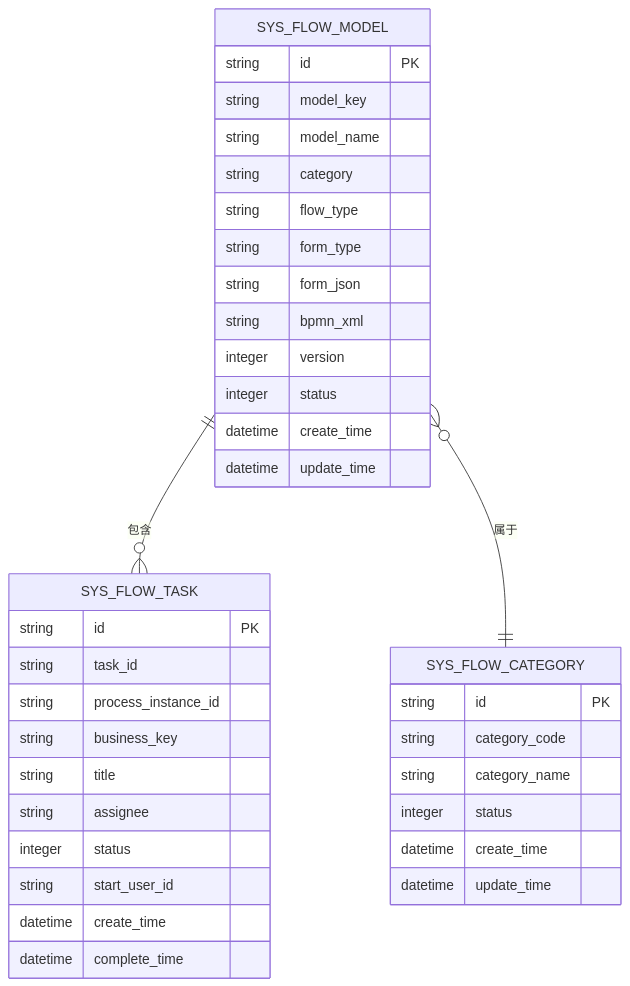
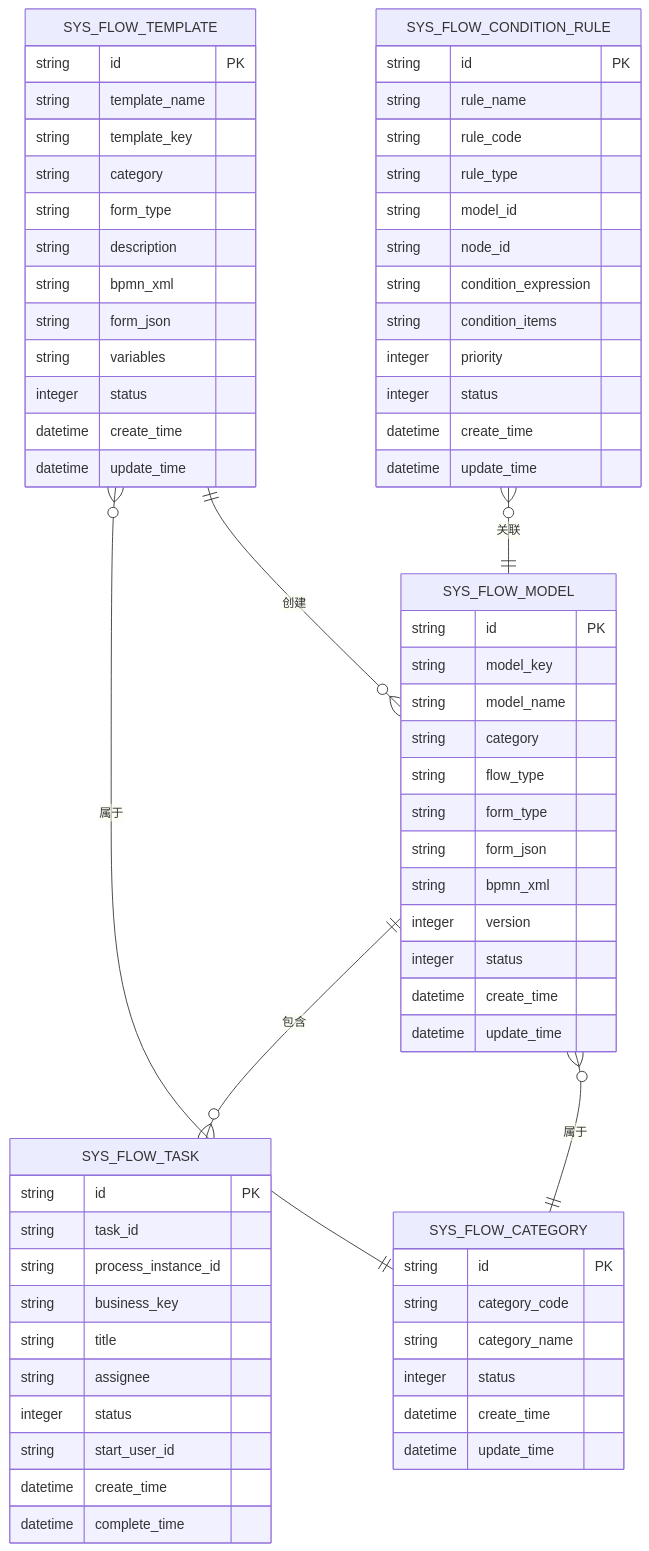
The tenth of 11 diagrams in .qoder/repowiki/zh/content/前端框架详解/前端工作流组件.md (yaomindong1996/forge-admin), drawn with Mermaid before and after one commit. The commit also changed other lines of this file and 95 other files, not shown here.

````diff
--- a/.qoder/repowiki/zh/content/前端框架详解/前端工作流组件.md
+++ b/.qoder/repowiki/zh/content/前端框架详解/前端工作流组件.md
@@ -370,39 +663,70 @@
 ```mermaid
 erDiagram
 SYS_FLOW_MODEL {
 string id PK
 string model_key
 string model_name
 string category
 string flow_type
 string form_type
 string form_json
 string bpmn_xml
 integer version
 integer status
 datetime create_time
 datetime update_time
 }
 SYS_FLOW_TASK {
 string id PK
 string task_id
 string process_instance_id
 string business_key
 string title
 string assignee
 integer status
 string start_user_id
 datetime create_time
 datetime complete_time
 }
 SYS_FLOW_CATEGORY {
 string id PK
 string category_code
 string category_name
 integer status
 datetime create_time
 datetime update_time
 }
+SYS_FLOW_TEMPLATE {
+string id PK
+string template_name
+string template_key
+string category
+string form_type
+string description
+string bpmn_xml
+string form_json
+string variables
+integer status
+datetime create_time
+datetime update_time
+}
+SYS_FLOW_CONDITION_RULE {
+string id PK
+string rule_name
+string rule_code
+string rule_type
+string model_id
+string node_id
+string condition_expression
+string condition_items
+integer priority
+integer status
+datetime create_time
+datetime update_time
+}
 SYS_FLOW_MODEL ||--o{ SYS_FLOW_TASK : "包含"
 SYS_FLOW_MODEL }o--|| SYS_FLOW_CATEGORY : "属于"
+SYS_FLOW_TEMPLATE }o--|| SYS_FLOW_CATEGORY : "属于"
+SYS_FLOW_TEMPLATE ||--o{ SYS_FLOW_MODEL : "创建"
+SYS_FLOW_CONDITION_RULE }o--|| SYS_FLOW_MODEL : "关联"
 ```
````
